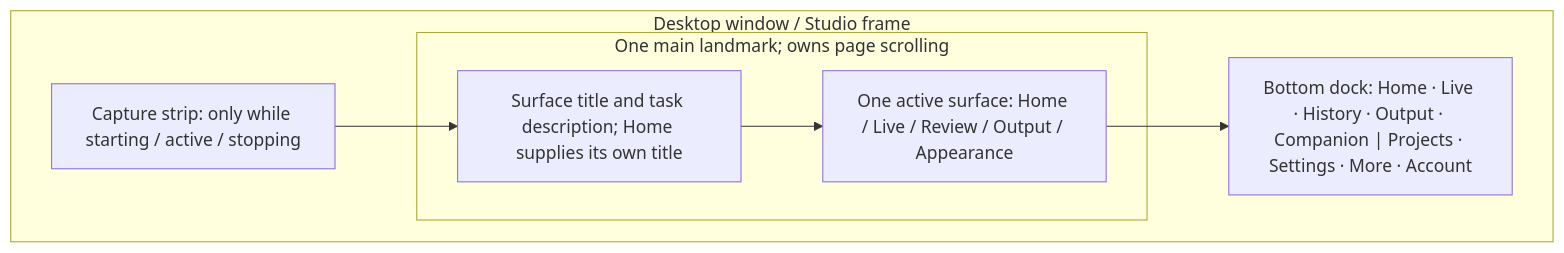
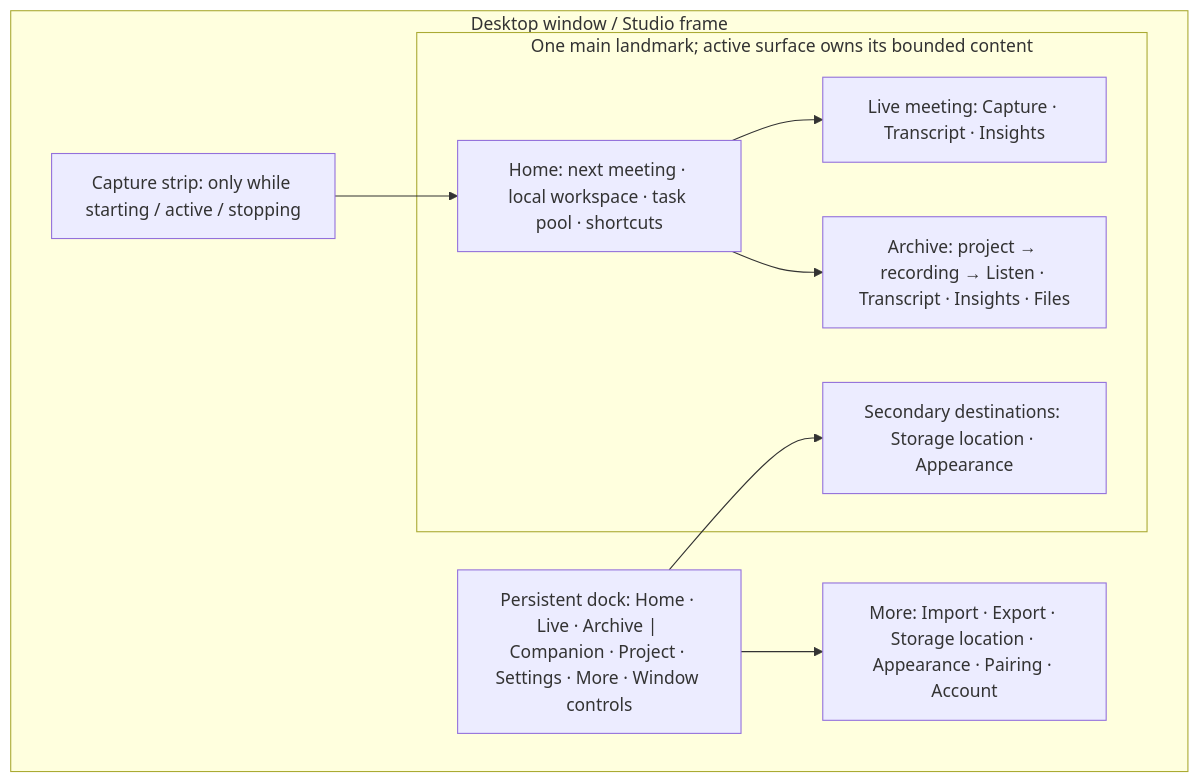
Before and after one commit to Freshair129/FUNG: the first of 3 diagrams in docs/design/2026-10-16-desktop-navigation-and-flows.md, drawn with Mermaid. The commit also changed other lines of this file and 110 other files, not shown here.

````diff
--- a/docs/design/2026-10-16-desktop-navigation-and-flows.md
+++ b/docs/design/2026-10-16-desktop-navigation-and-flows.md
@@ -45,12 +45,19 @@
 ```mermaid
 flowchart TB
   subgraph shell["Desktop window / Studio frame"]
     strip["Capture strip: only while starting / active / stopping"]
-    subgraph main["One main landmark; owns page scrolling"]
-      intro["Surface title and task description; Home supplies its own title"]
-      body["One active surface: Home / Live / Review / Output / Appearance"]
+    subgraph main["One main landmark; active surface owns its bounded content"]
+      home["Home: next meeting · local workspace · task pool · shortcuts"]
+      live["Live meeting: Capture · Transcript · Insights"]
+      review["Archive: project → recording → Listen · Transcript · Insights · Files"]
+      support["Secondary destinations: Storage location · Appearance"]
     end
-    dock["Bottom dock: Home · Live · History · Output · Companion | Projects · Settings · More · Account"]
+    dock["Persistent dock: Home · Live · Archive | Companion · Project · Settings · More · Window controls"]
+    more["More: Import · Export · Storage location · Appearance · Pairing · Account"]
   end
-  strip --> intro --> body --> dock
+  strip --> home
+  home --> live
+  home --> review
+  dock --> support
+  dock --> more
 ```
````
